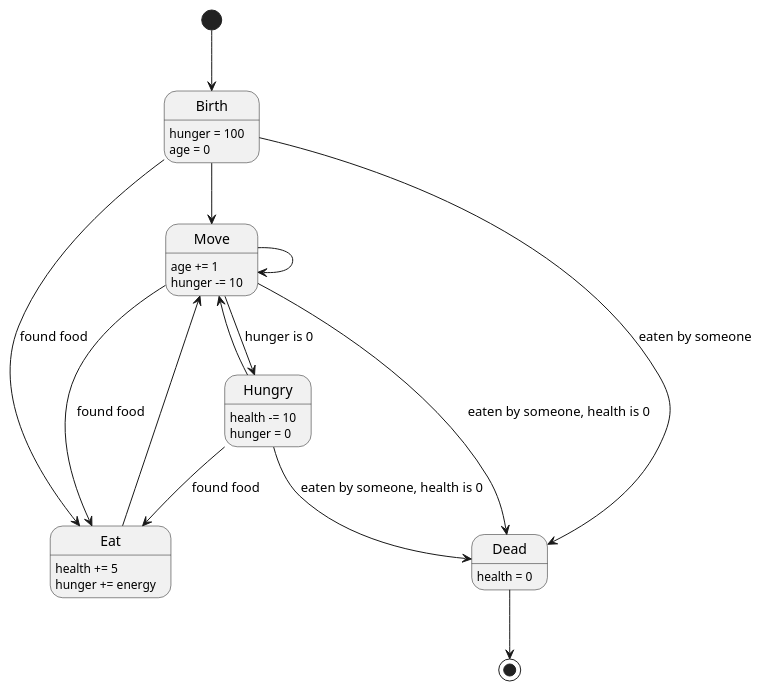
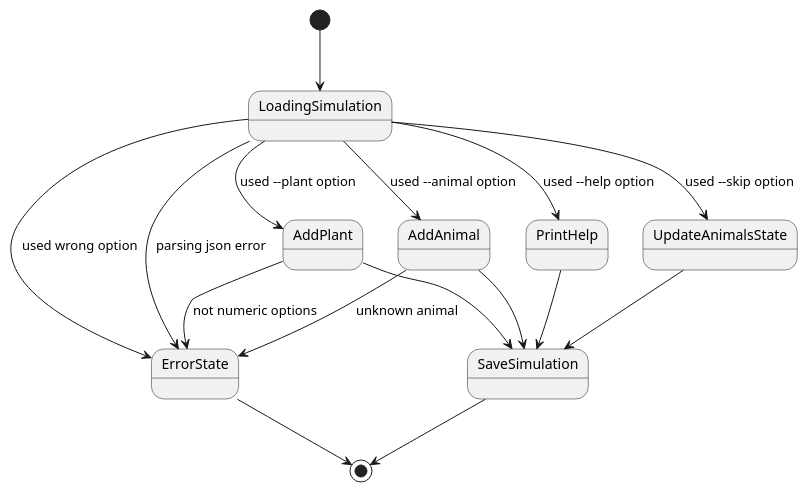
Before and after one commit to VasKho/PPvIS-Labs: the diagram in Term_2/Lab_1/diagrams/state_diagram.puml, drawn with PlantUML.

Commit message:
Update state diagram

```diff
--- a/Term_2/Lab_1/diagrams/state_diagram.puml
+++ b/Term_2/Lab_1/diagrams/state_diagram.puml
@@ -1,38 +1,70 @@
 @startuml animal_states
 
 ' State transition
-[*] --> Birth
+' [*] --> Birth
 
-Birth --> Move
-Birth --> Eat : found food
-Birth --> Dead : eaten by someone
+' Birth --> Move
+' Birth --> Eat : found food
+' Birth --> Dead : eaten by someone
 
-Move --> Hungry : hunger is 0
-Move --> Eat : found food
-Move --> Dead : eaten by someone, health is 0
-Move --> Move
+' Move --> Hungry : hunger is 0
+' Move --> Eat : found food
+' Move --> Dead : eaten by someone
+' Move --> Dead : health is 0
+' Move --> Move
 
-Eat --> Move
+' Eat --> Move
 
-Hungry --> Move
-Hungry --> Eat : found food
-Hungry --> Dead : eaten by someone, health is 0
+' Hungry --> Move
+' Hungry --> Eat : found food
+' Hungry --> Dead : eaten by someone
+' Hungry --> Dead : health is 0
 
-Dead --> [*]
+' Dead --> [*]
 
-' State features
-Birth : hunger = 100
-Birth : age = 0
+' ' State features
+' Birth : hunger = 100
+' Birth : age = 0
 
-Move : age += 1
-Move : hunger -= 10
+' Move : age += 1
+' Move : hunger -= 10
 
-Hungry : health -= 10
-Hungry : hunger = 0
+' Hungry : health -= 10
+' Hungry : hunger = 0
 
-Eat : health += 5
-Eat : hunger += energy
+' Eat : health += 5
+' Eat : hunger += energy
 
-Dead : health = 0
+' Dead : health = 0
+
+[*] --> LoadingSimulation
+
+LoadingSimulation --> ErrorState : parsing json error
+
+LoadingSimulation --> ErrorState : used wrong option
+
+LoadingSimulation --> PrintHelp : used --help option
+
+LoadingSimulation --> AddAnimal : used --animal option
+
+LoadingSimulation --> AddPlant : used --plant option
+
+LoadingSimulation --> UpdateAnimalsState : used --skip option
+
+AddAnimal --> ErrorState : unknown animal
+
+AddPlant --> ErrorState : not numeric options
+
+PrintHelp --> SaveSimulation
+
+AddAnimal --> SaveSimulation
+
+AddPlant --> SaveSimulation
+
+UpdateAnimalsState --> SaveSimulation
+
+ErrorState --> [*]
+
+SaveSimulation --> [*]
 
 @enduml
```
